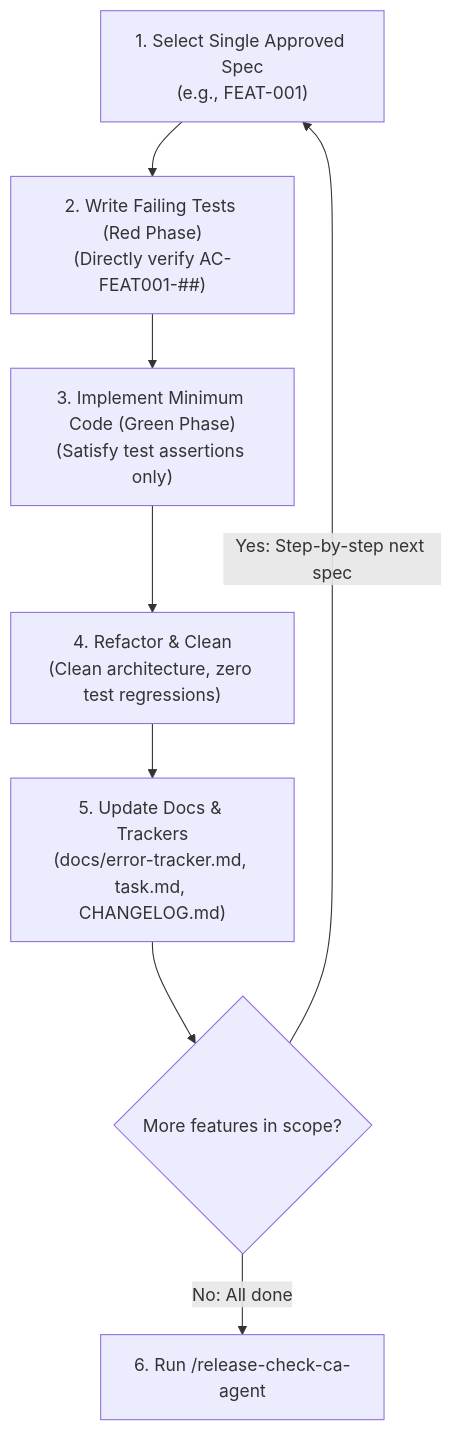
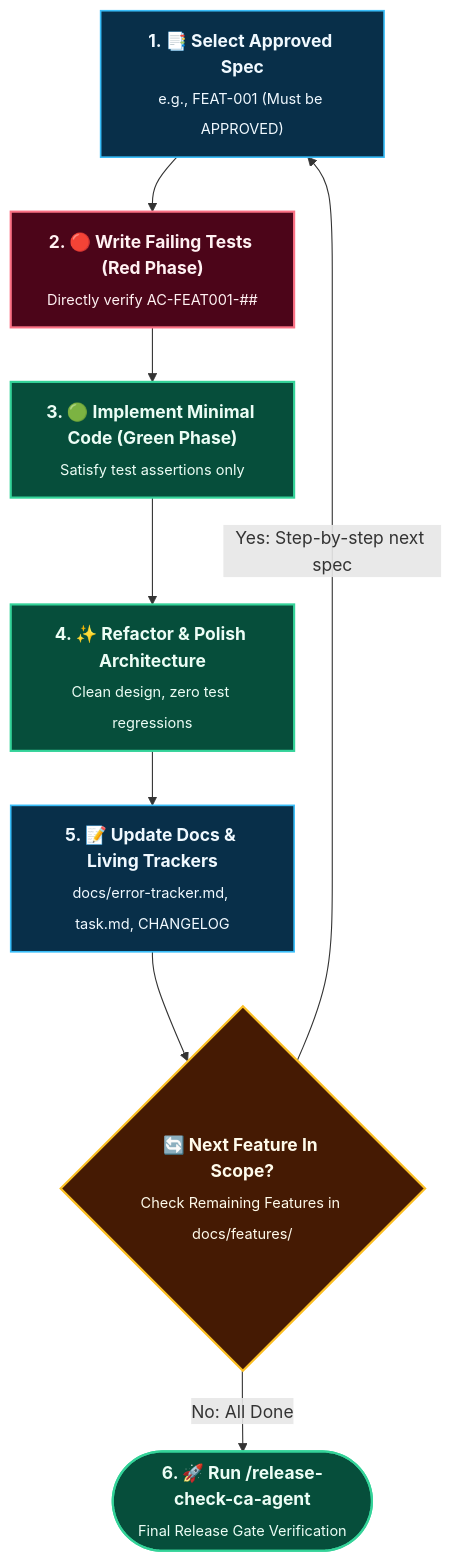
One commit to rmsofficialsyt/Agentic-AI-Vibe-Coding-AND-SDD-TDD-Codebase-Chandan-Adhikary changed the second of 3 diagrams in SDD-TDD-Chandan-Adhikary/Spec-Driven-Development/docs/features/README.md. Above: the diagram before and after it, drawn with Mermaid. The commit also changed other lines of this file and 23 other files, not shown here.

Commit message:
docs: redesign diagrams to Eraser.io visual style and regenerate MANIFEST.json

````diff
--- a/SDD-TDD-Chandan-Adhikary/Spec-Driven-Development/docs/features/README.md
+++ b/SDD-TDD-Chandan-Adhikary/Spec-Driven-Development/docs/features/README.md
@@ -55,10 +60,15 @@
 ```mermaid
 flowchart TD
-    SelectSpec["1. Select Single Approved Spec<br/>(e.g., FEAT-001)"] --> WriteTests["2. Write Failing Tests (Red Phase)<br/>(Directly verify AC-FEAT001-##)"]
-    WriteTests --> ImplementCode["3. Implement Minimum Code (Green Phase)<br/>(Satisfy test assertions only)"]
-    ImplementCode --> RefactorCode["4. Refactor & Clean<br/>(Clean architecture, zero test regressions)"]
-    RefactorCode --> UpdateDocs["5. Update Docs & Trackers<br/>(docs/error-tracker.md, task.md, CHANGELOG.md)"]
-    UpdateDocs --> NextSpec{"More features in scope?"}
+    classDef step fill:#082f49,stroke:#38bdf8,stroke-width:1.5px,color:#f0f9ff;
+    classDef red fill:#4c0519,stroke:#fb7185,stroke-width:2px,color:#fff1f2;
+    classDef green fill:#064e3b,stroke:#34d399,stroke-width:2px,color:#ecfdf5;
+    classDef gate fill:#451a03,stroke:#fbbf24,stroke-width:2px,color:#fffbeb;
+
+    SelectSpec["<b>1. 📑 Select Approved Spec</b><br/><sub>e.g., FEAT-001 (Must be APPROVED)</sub>"]:::step --> WriteTests["<b>2. 🔴 Write Failing Tests (Red Phase)</b><br/><sub>Directly verify AC-FEAT001-##</sub>"]:::red
+    WriteTests --> ImplementCode["<b>3. 🟢 Implement Minimal Code (Green Phase)</b><br/><sub>Satisfy test assertions only</sub>"]:::green
+    ImplementCode --> RefactorCode["<b>4. ✨ Refactor & Polish Architecture</b><br/><sub>Clean design, zero test regressions</sub>"]:::green
+    RefactorCode --> UpdateDocs["<b>5. 📝 Update Docs & Living Trackers</b><br/><sub>docs/error-tracker.md, task.md, CHANGELOG</sub>"]:::step
+    UpdateDocs --> NextSpec{"<b>🔄 Next Feature In Scope?</b><br/><sub>Check Remaining Features in docs/features/</sub>"}:::gate
     NextSpec -->|"Yes: Step-by-step next spec"| SelectSpec
-    NextSpec -->|"No: All done"| ReleaseAudit["6. Run /release-check-ca-agent"]
+    NextSpec -->|"No: All Done"| ReleaseAudit(["<b>6. 🚀 Run /release-check-ca-agent</b><br/><sub>Final Release Gate Verification</sub>"]):::green
 ```
````
